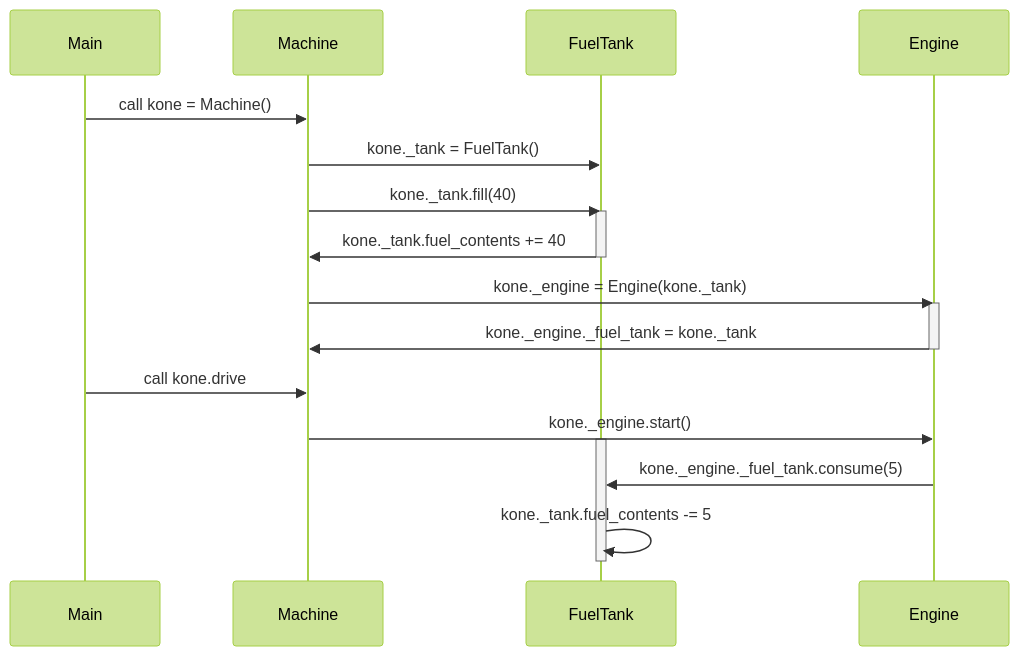
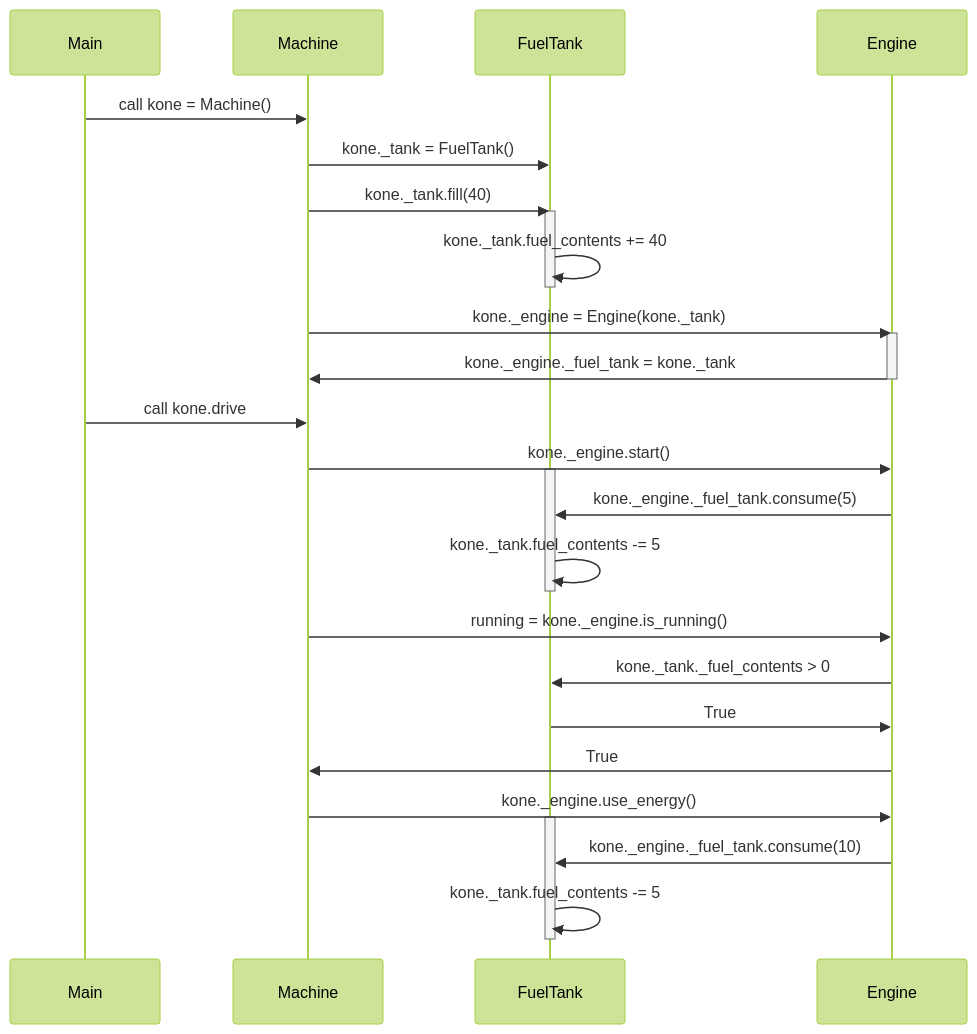
One commit to EeroAnt/ot-harjoitusty- changed the diagram in laskarit/viikko3/sekvenssikaavio.md. Above: the diagram before and after it, drawn with Mermaid (forest theme).

Commit message:
sekvenssikaavio v1.0

````diff
--- a/laskarit/viikko3/sekvenssikaavio.md
+++ b/laskarit/viikko3/sekvenssikaavio.md
@@ -1,24 +1,32 @@
 ```mermaid
 sequenceDiagram
   participant Main
   participant Machine
   participant FuelTank
   participant Engine
   Main->>Machine: call kone = Machine()
   Machine->>FuelTank: kone._tank = FuelTank()
   Machine->>FuelTank: kone._tank.fill(40)
   activate FuelTank
-  FuelTank->>Machine: kone._tank.fuel_contents += 40  
+  FuelTank->>FuelTank: kone._tank.fuel_contents += 40  
   deactivate FuelTank
   Machine->>Engine: kone._engine = Engine(kone._tank)
   activate Engine
   Engine->>Machine: kone._engine._fuel_tank = kone._tank
   deactivate Engine
   Main->>Machine: call kone.drive
   Machine->>Engine: kone._engine.start()
   activate FuelTank
   Engine->>FuelTank: kone._engine._fuel_tank.consume(5)
   FuelTank->>FuelTank: kone._tank.fuel_contents -= 5
   deactivate FuelTank
-  
+  Machine->>Engine: running = kone._engine.is_running()
+  Engine->>FuelTank: kone._tank._fuel_contents > 0
+  FuelTank->>Engine: True
+  Engine->>Machine: True
+  Machine->>Engine: kone._engine.use_energy()
+  activate FuelTank
+  Engine->>FuelTank: kone._engine._fuel_tank.consume(10)
+  FuelTank->>FuelTank: kone._tank.fuel_contents -= 5
+  deactivate FuelTank
 ```
````
